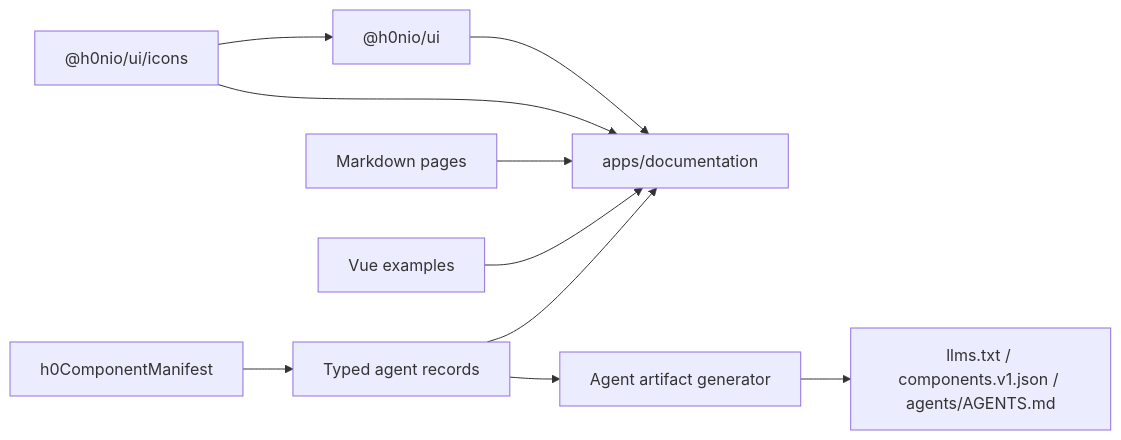
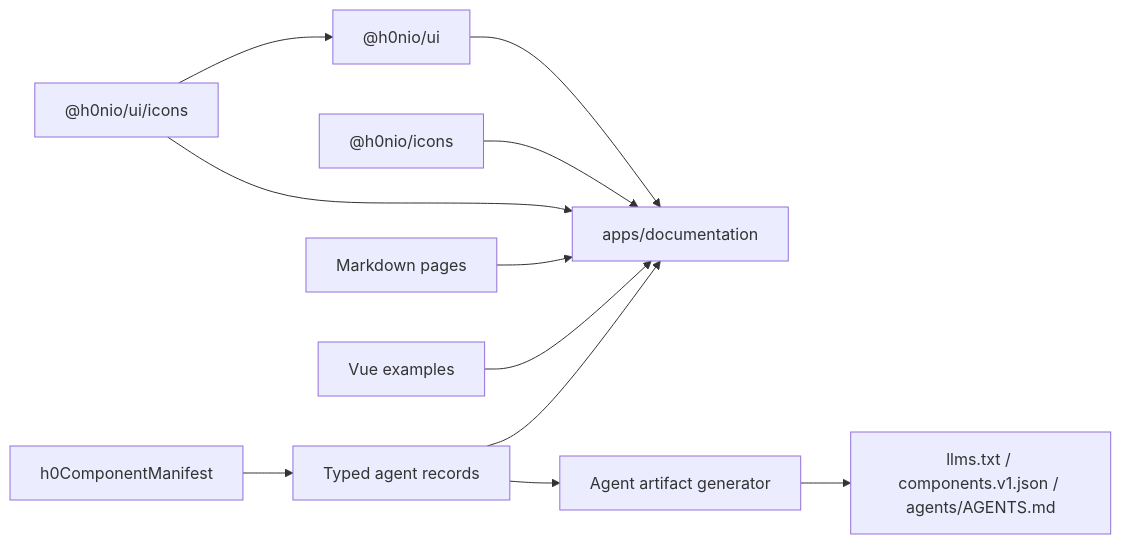
One commit to h0n-world/ui changed the diagram in ARCHITECTURE.md. Above: the diagram before and after it, drawn with Mermaid. The commit also changed other lines of this file and 11367 other files, not shown here.

````diff
--- a/ARCHITECTURE.md
+++ b/ARCHITECTURE.md
@@ -62,12 +66,13 @@
 ```mermaid
 flowchart LR
     UI["@h0nio/ui"] --> Docs["apps/documentation"]
+    IconLibrary["@h0nio/icons"] --> Docs
     SystemIcons["@h0nio/ui/icons"] --> UI
     SystemIcons --> Docs
     Markdown["Markdown pages"] --> Docs
     Examples["Vue examples"] --> Docs
     Records["Typed agent records"] --> Docs
     Manifest["h0ComponentManifest"] --> Records
     Records --> Generator["Agent artifact generator"]
     Generator --> Public["llms.txt / components.v1.json / agents/AGENTS.md"]
 ```
````
